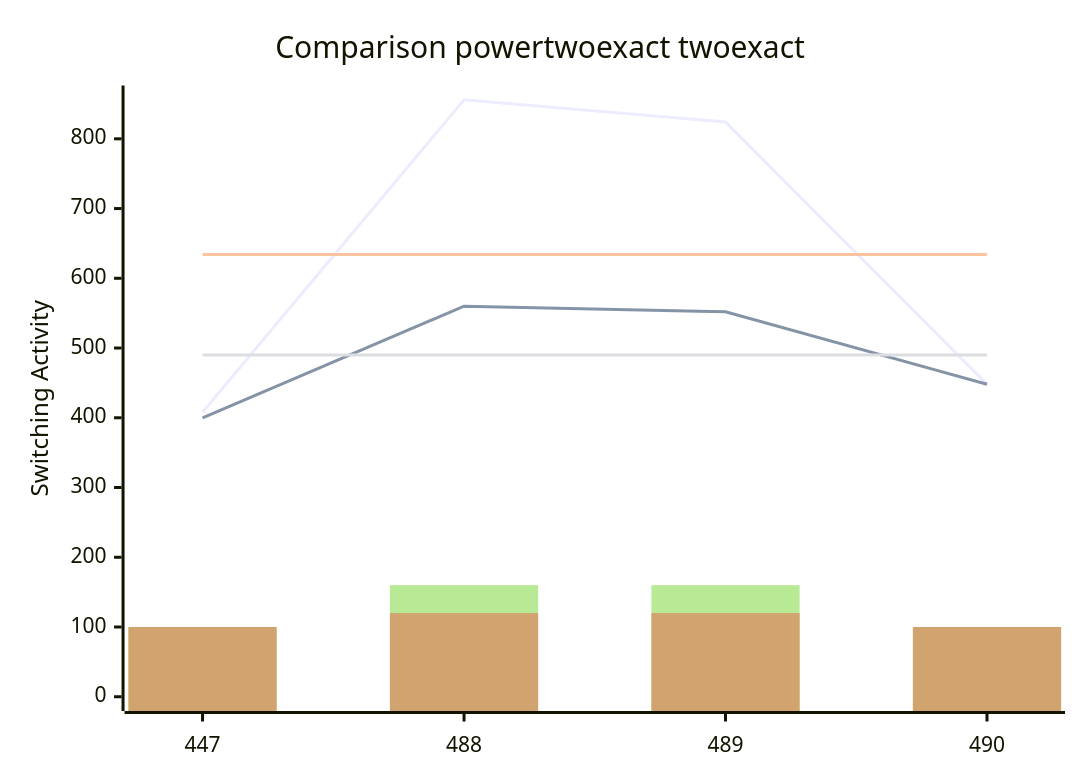
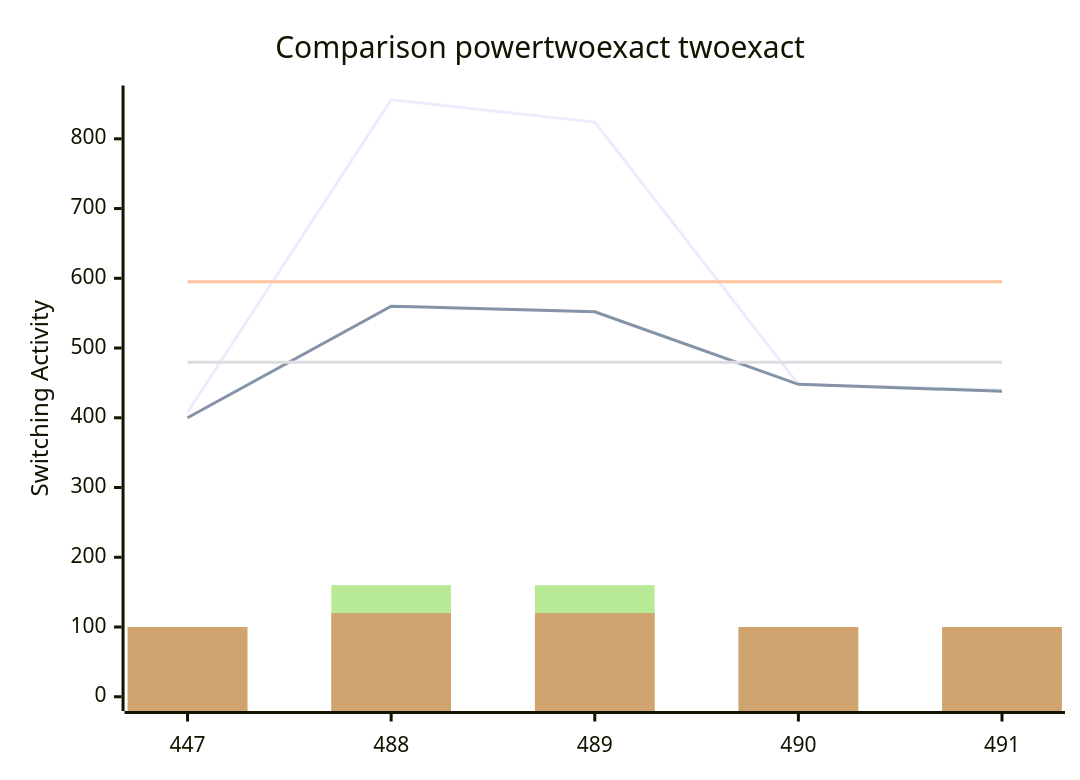
One commit to FeldmeierMichael/Exact-Power-Synthesis changed the diagram in benchmark_opt2.md. Above: the diagram before and after it, drawn with Mermaid. The commit also changed other lines of this file, not shown here.

````diff
--- a/benchmark_opt2.md
+++ b/benchmark_opt2.md
@@ -9,12 +11,12 @@
 ```mermaid
 xychart-beta
     title "Comparison powertwoexact twoexact"
-    x-axis [447, 488, 489, 490]
+    x-axis [447, 488, 489, 490, 491]
     y-axis "Switching Activity" 0-->856
-    line [408, 856, 824, 448]
-    line [400, 560, 552, 448]
-    line [634.0, 634.0, 634.0, 634.0]
-    line [490.0, 490.0, 490.0, 490.0]
-    bar [100, 160, 160, 100]
-    bar [100, 120, 120, 100]
+    line [408, 856, 824, 448, 440]
+    line [400, 560, 552, 448, 438]
+    line [595.2, 595.2, 595.2, 595.2, 595.2]
+    line [479.6, 479.6, 479.6, 479.6, 479.6]
+    bar [100, 160, 160, 100, 100]
+    bar [100, 120, 120, 100, 100]
 ```
````
